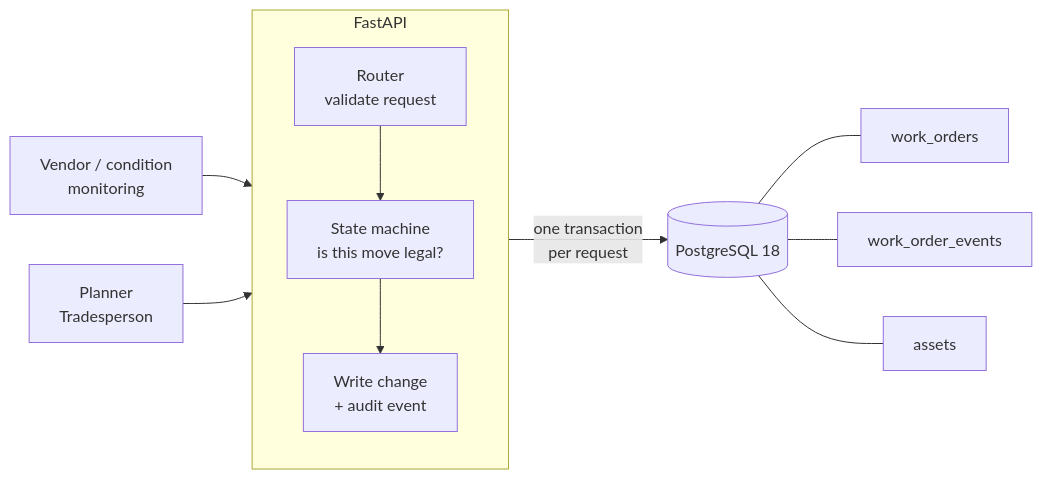
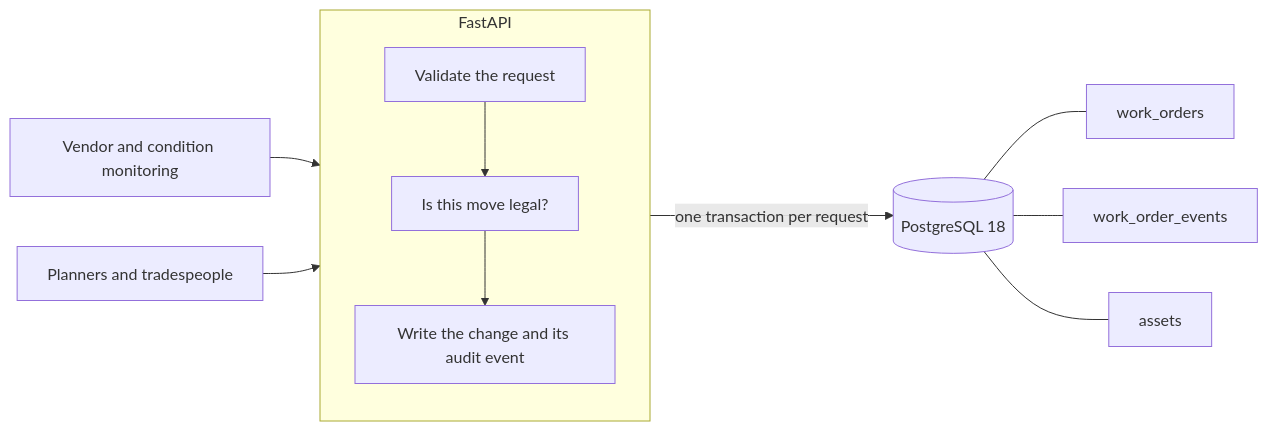
Before and after one commit to Leroyyyyyyyyy/fieldops-workorder-bridge: the diagram in README.md, drawn with Mermaid.

Commit message:
Drop <br/> from the diagram labels
GitHub's mermaid strips them rather than breaking the line, so the
labels rendered as "conditionmonitoring" and "Routervalidate request".
Short single-line labels avoid depending on how the renderer treats
HTML inside a node.

````diff
--- a/README.md
+++ b/README.md
@@ -7,17 +7,17 @@
 ```mermaid
 flowchart LR
-    V["Vendor / condition<br/>monitoring"] --> API
-    D["Planner<br/>Tradesperson"] --> API
+    V["Vendor and condition monitoring"] --> API
+    D["Planners and tradespeople"] --> API
 
     subgraph API["FastAPI"]
         direction TB
-        R["Router<br/>validate request"] --> S["State machine<br/>is this move legal?"]
-        S --> W["Write change<br/>+ audit event"]
+        R["Validate the request"] --> S["Is this move legal?"]
+        S --> W["Write the change and its audit event"]
     end
 
-    API -->|"one transaction<br/>per request"| DB[("PostgreSQL 18")]
+    API -->|"one transaction per request"| DB[("PostgreSQL 18")]
 
     DB --- T1["work_orders"]
     DB --- T2["work_order_events"]
     DB --- T3["assets"]
 ```
````
